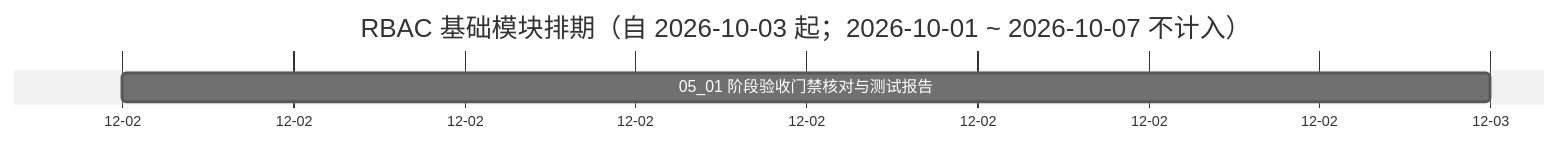
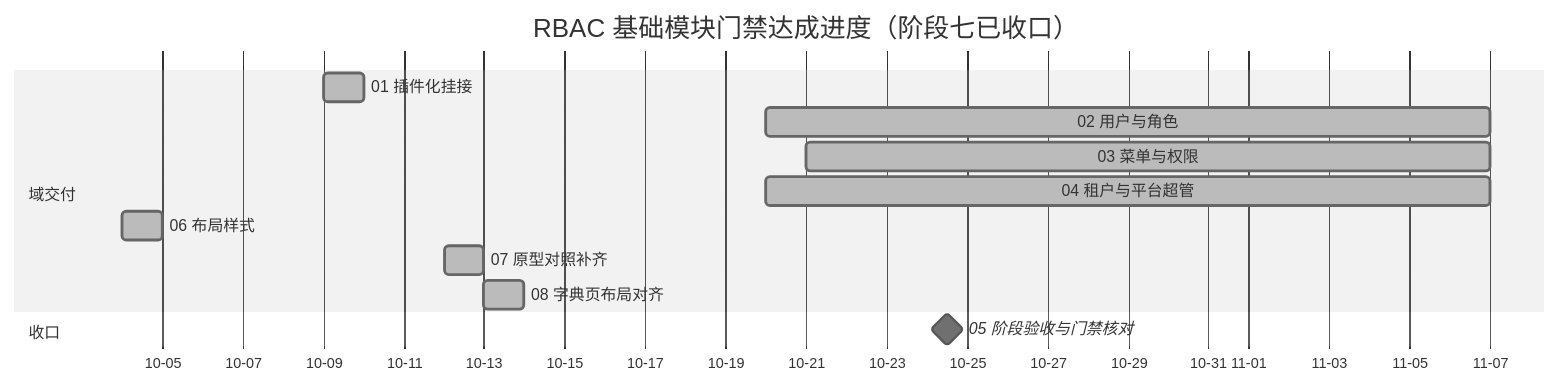
One commit to minjian123/basic-management-system changed the diagram in bms文档/项目/07_RBAC基础模块/计划/01_计划_RBAC基础模块.md. Above: the diagram before and after it, drawn with Mermaid (neutral theme). The commit also changed other lines of this file and 13 other files, not shown here.

````diff
--- a/bms文档/项目/07_RBAC基础模块/计划/01_计划_RBAC基础模块.md
+++ b/bms文档/项目/07_RBAC基础模块/计划/01_计划_RBAC基础模块.md
@@ -43,7 +47,16 @@
 ```mermaid
 gantt
-    title RBAC 基础模块排期（自 2026-10-03 起；2026-10-01 ~ 2026-10-07 不计入）
+    title RBAC 基础模块门禁达成进度（阶段七已收口）
     dateFormat  YYYY-MM-DD
     axisFormat %m-%d
-    05_01 阶段验收门禁核对与测试报告 :a0501, 2026-12-02, 1d
+    section 域交付
+    01 插件化挂接 :done, 2026-10-09, 1d
+    02 用户与角色 :done, 2026-10-20, 18d
+    03 菜单与权限 :done, 2026-10-21, 17d
+    04 租户与平台超管 :done, 2026-10-20, 18d
+    06 布局样式 :done, 2026-10-04, 1d
+    07 原型对照补齐 :done, 2026-10-12, 1d
+    08 字典页布局对齐 :done, 2026-10-13, 1d
+    section 收口
+    05 阶段验收与门禁核对 :milestone, m7, 2026-10-24, 1d
 ```
````
